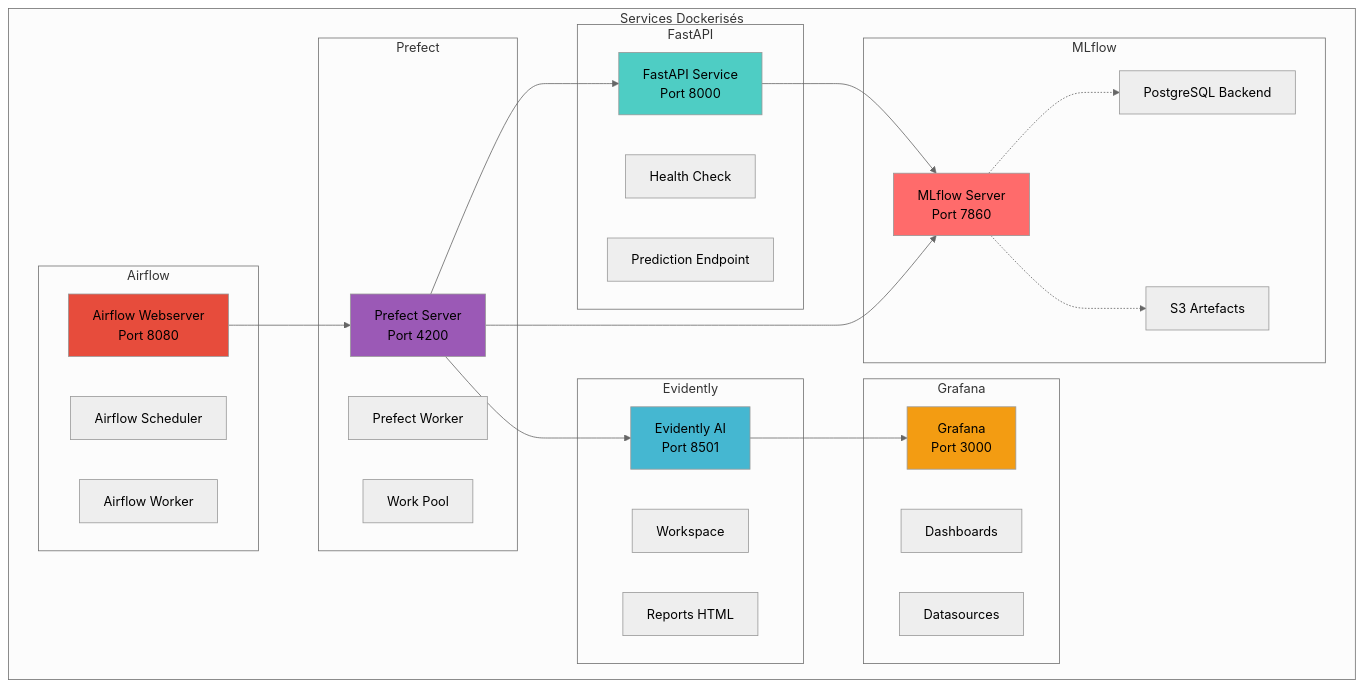
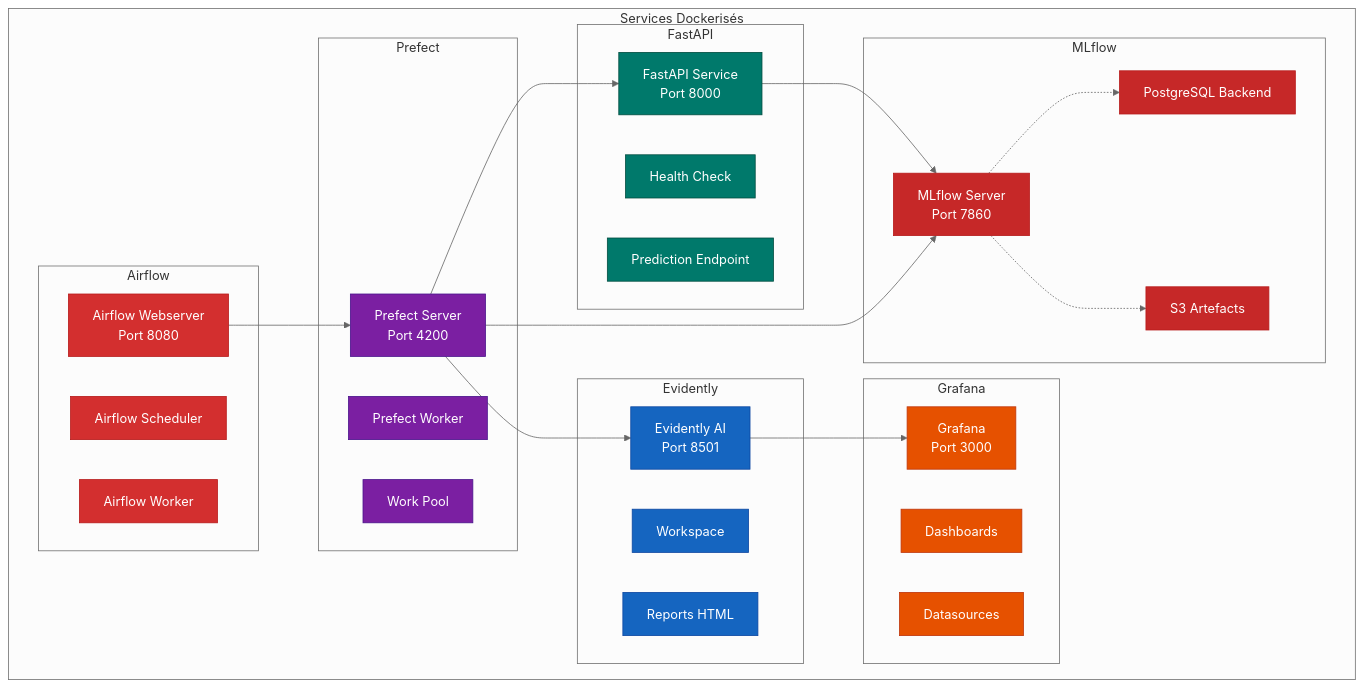
One commit to jinsudai/jinsudai changed the second of 21 diagrams in docs/ARCHITECTURE_MLOPS.md. Above: the diagram before and after it, drawn with Mermaid (neutral theme). The commit also changed other lines of this file and 9 other files, not shown here.

````diff
--- a/docs/ARCHITECTURE_MLOPS.md
+++ b/docs/ARCHITECTURE_MLOPS.md
@@ -77,56 +85,64 @@
 ```mermaid
 graph TB
+    classDef mlflow fill:#C62828,stroke:#B71C1C,color:#fff
+    classDef fastapi fill:#00796B,stroke:#004D40,color:#fff
+    classDef evidently fill:#1565C0,stroke:#0D47A1,color:#fff
+    classDef grafana fill:#E65100,stroke:#BF360C,color:#fff
+    classDef prefect fill:#7B1FA2,stroke:#4A148C,color:#fff
+    classDef airflow fill:#D32F2F,stroke:#B71C1C,color:#fff
+    classDef default fill:#f5f5f5,stroke:#666,color:#333
+
     subgraph "Services Dockerisés"
         subgraph "MLflow"
             ML1[MLflow Server<br/>Port 7860]
             ML2[PostgreSQL Backend]
             ML3[S3 Artefacts]
         end
-        
+
         subgraph "FastAPI"
             FA1[FastAPI Service<br/>Port 8000]
             FA2[Health Check]
             FA3[Prediction Endpoint]
         end
-        
+
         subgraph "Evidently"
             EV1[Evidently AI<br/>Port 8501]
             EV2[Workspace]
             EV3[Reports HTML]
         end
-        
+
         subgraph "Grafana"
             GR1[Grafana<br/>Port 3000]
             GR2[Dashboards]
             GR3[Datasources]
         end
-        
+
         subgraph "Prefect"
             PF1[Prefect Server<br/>Port 4200]
             PF2[Prefect Worker]
             PF3[Work Pool]
         end
-        
+
         subgraph "Airflow"
             AF1[Airflow Webserver<br/>Port 8080]
             AF2[Airflow Scheduler]
             AF3[Airflow Worker]
         end
     end
-    
+
     ML1 -.-> ML2
     ML1 -.-> ML3
     FA1 --> ML1
     PF1 --> FA1
     PF1 --> ML1
     PF1 --> EV1
     EV1 --> GR1
     AF1 --> PF1
-    
-    style ML1 fill:#ff6b6b
-    style FA1 fill:#4ecdc4
-    style EV1 fill:#45b7d1
-    style GR1 fill:#f39c12
-    style PF1 fill:#9b59b6
-    style AF1 fill:#e74c3c
+
+    class ML1,ML2,ML3 mlflow
+    class FA1,FA2,FA3 fastapi
+    class EV1,EV2,EV3 evidently
+    class GR1,GR2,GR3 grafana
+    class PF1,PF2,PF3 prefect
+    class AF1,AF2,AF3 airflow
 ```
````
